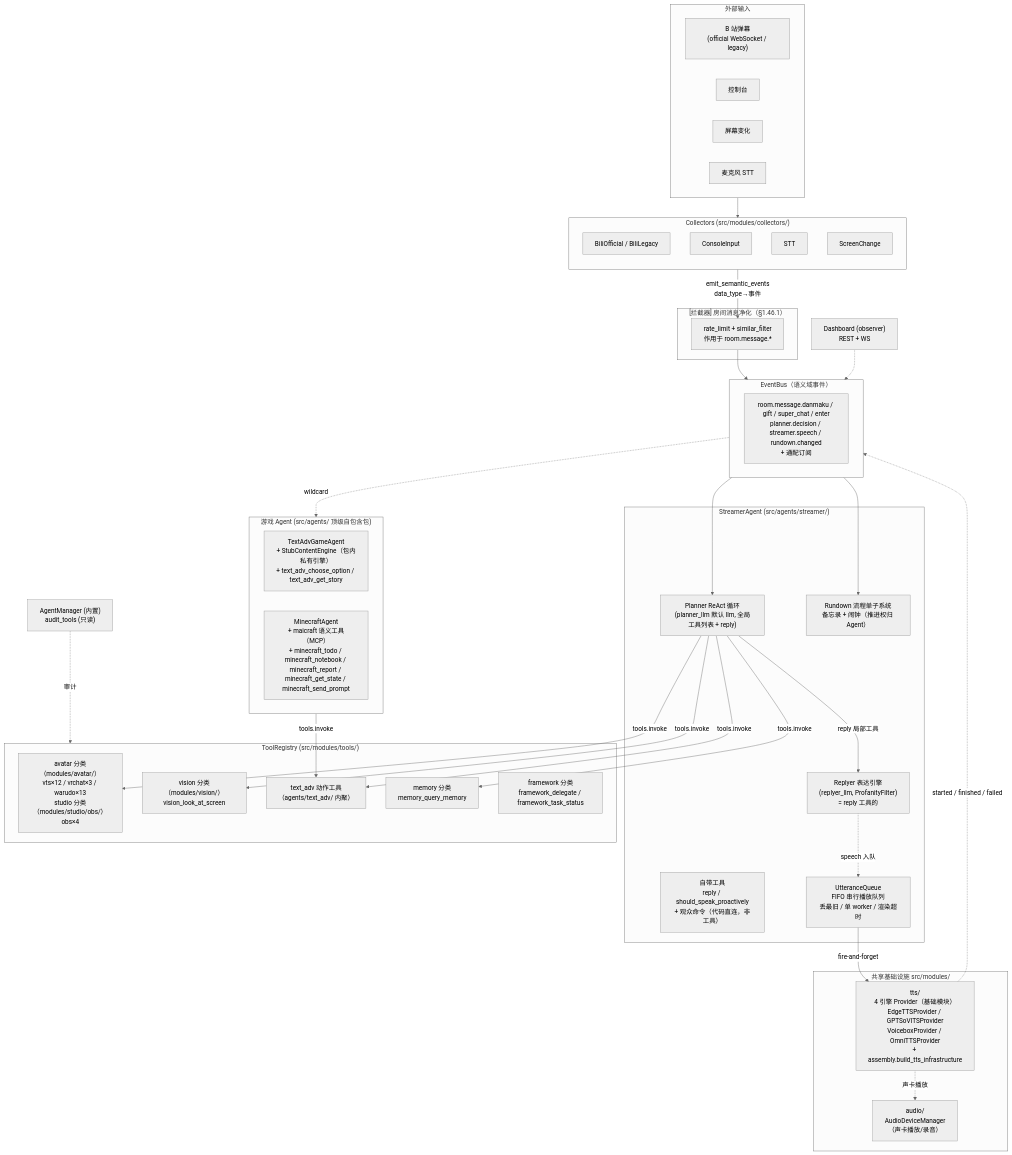
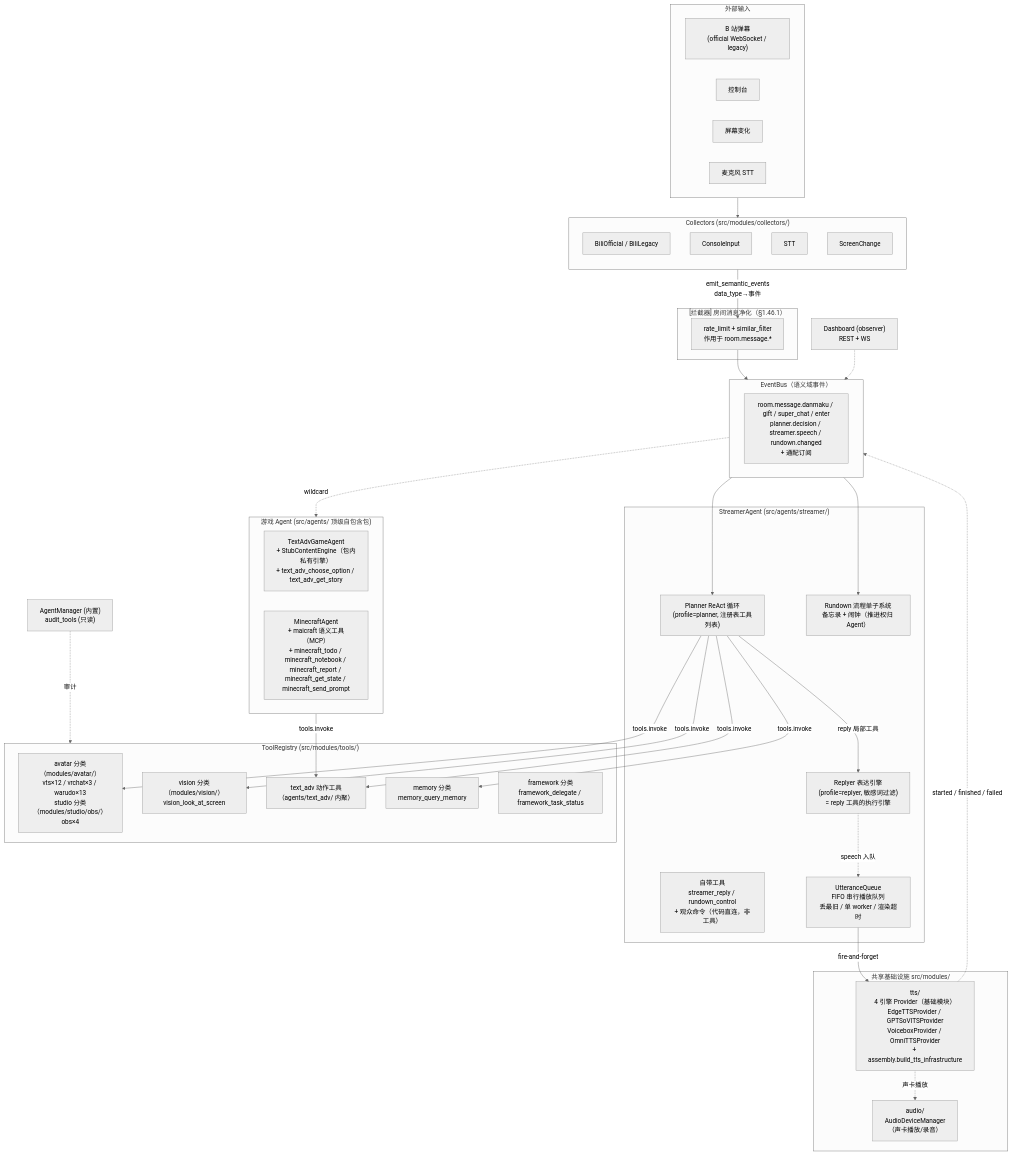
Before and after one commit to LittleSadSheep/Amaidesu: the first of 3 diagrams in docs/architecture/overview.md, drawn with Mermaid (neutral theme). The commit also changed other lines of this file and 4 other files, not shown here.

First line of the commit message:
docs(architecture): 文档对齐 ReAct 现状与两段装配

````diff
--- a/docs/architecture/overview.md
+++ b/docs/architecture/overview.md
@@ -10,70 +10,70 @@
 ```mermaid
 flowchart TB
     subgraph Ext["外部输入"]
         Bili["B 站弹幕<br/>(official WebSocket / legacy)"]
         Cons["控制台"]
         Screen["屏幕变化"]
         Mic["麦克风 STT"]
     end
 
     subgraph Collectors["Collectors (src/modules/collectors/)"]
         direction TB
         CBili["BiliOfficial / BiliLegacy"]
         CCons["ConsoleInput"]
         CMic["STT"]
         CScreen["ScreenChange"]
     end
 
     subgraph Interceptors["[拦截器] 房间消息净化（§1.46.1）"]
         INT["rate_limit + similar_filter<br/>作用于 room.message.*"]
     end
 
     subgraph Bus["EventBus（语义域事件）"]
         EB["room.message.danmaku / gift / super_chat / enter<br/>planner.decision / streamer.speech / rundown.changed<br/>+ 通配订阅"]
     end
 
     subgraph Streamer["StreamerAgent (src/agents/streamer/)"]
-        Planner["Planner ReAct 循环<br/>(planner_llm 默认 llm, 全局工具列表 + reply)"]
-        Reply["Replyer 表达引擎<br/>(replyer_llm, ProfanityFilter)<br/>= reply 工具的"]
+        Planner["Planner ReAct 循环<br/>(profile=planner, 注册表工具列表)"]
+        Reply["Replyer 表达引擎<br/>(profile=replyer, 敏感词过滤)<br/>= reply 工具的执行引擎"]
         Rundown["Rundown 流程单子系统<br/>备忘录 + 闹钟（推进权归 Agent）"]
-        Tools["自带工具<br/>reply / should_speak_proactively<br/>+ 观众命令（代码直连，非工具）"]
+        Tools["自带工具<br/>streamer_reply / rundown_control<br/>+ 观众命令（代码直连，非工具）"]
         UQ["UtteranceQueue<br/>FIFO 串行播放队列<br/>丢最旧 / 单 worker / 渲染超时"]
     end
 
     subgraph Game["游戏 Agent (src/agents/ 顶级自包含包)"]
         TextAdv["TextAdvGameAgent<br/>+ StubContentEngine（包内私有引擎）<br/>+ text_adv_choose_option / text_adv_get_story"]
         MC["MinecraftAgent<br/>+ maicraft 语义工具（MCP）<br/>+ minecraft_todo / minecraft_notebook / minecraft_report / minecraft_get_state / minecraft_send_prompt"]
     end
 
     subgraph Registry["ToolRegistry (src/modules/tools/)"]
         Out["avatar 分类（modules/avatar/）<br/>vts×12 / vrchat×3 / warudo×13<br/>studio 分类（modules/studio/obs/）obs×4"]
         Per["vision 分类（modules/vision/）<br/>vision_look_at_screen"]
         CE["text_adv 动作工具<br/>（agents/text_adv/ 内聚）"]
         Mem["memory 分类<br/>memory_query_memory"]
         Ctrl["framework 分类<br/>framework_delegate / framework_task_status"]
     end
 
     subgraph InFra["共享基础设施 src/modules/"]
         TTS["tts/<br/>4 引擎 Provider（基础模块）<br/>EdgeTTSProvider / GPTSoVITSProvider<br/>VoiceboxProvider / OmniTTSProvider<br/>+ assembly.build_tts_infrastructure"]
         Audio["audio/<br/>AudioDeviceManager<br/>（声卡播放/录音）"]
     end
 
     Ext --> Collectors
     Collectors -->|"emit_semantic_events<br/>data_type→事件"| INT
     INT --> Bus
     Bus --> Planner
     Bus --> Rundown
     Planner -->|reply 局部工具| Reply
     Planner -->|tools.invoke| Out
     Planner -->|tools.invoke| CE
     Planner -->|tools.invoke| Per
     Planner -->|tools.invoke| Mem
     Bus -.->|wildcard| Game
     Game -->|tools.invoke| CE
     Reply -.->|speech 入队| UQ
     UQ -->|fire-and-forget| TTS
     TTS -.->|started / finished / failed| Bus
     TTS -.->|声卡播放| Audio
     Manager["AgentManager (内置)<br/>audit_tools (只读)"] -.->|审计| Registry
     Dashboard["Dashboard (observer)<br/>REST + WS"] -.-> Bus
 ```
````
